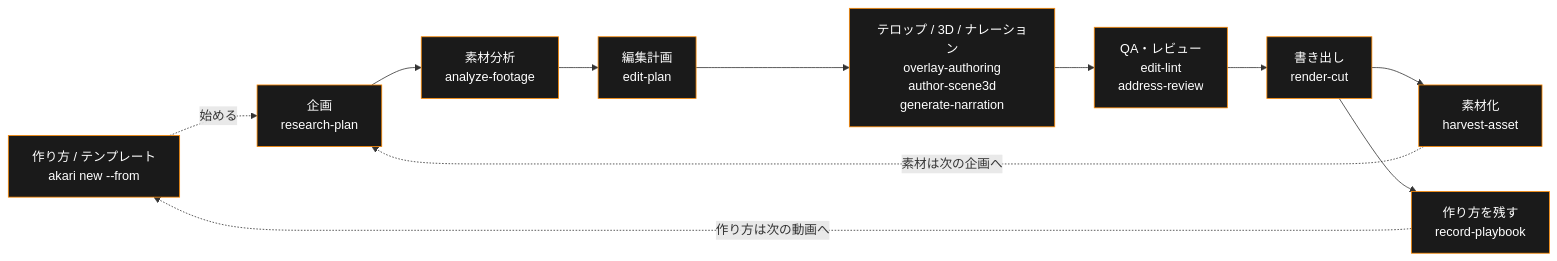
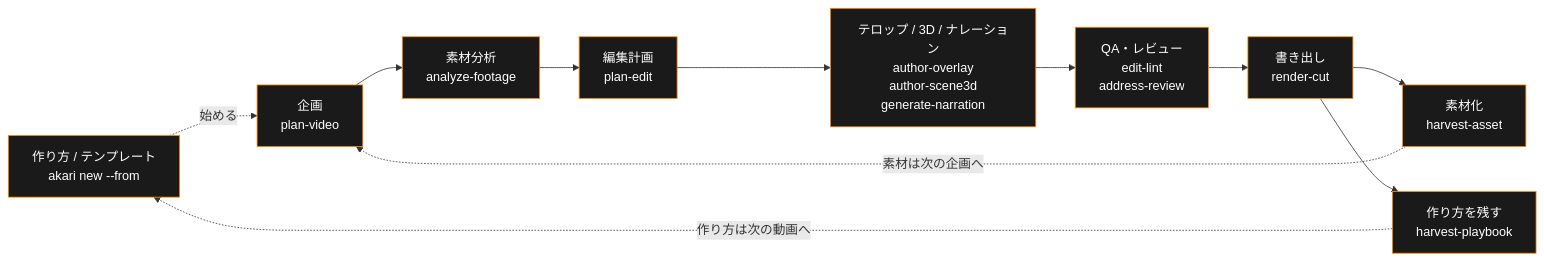
The diagram in README.ja.md (AkariLabs/akari-video), drawn with Mermaid before and after one commit. The commit also changed other lines of this file and 265 other files, not shown here.

````diff
--- a/README.ja.md
+++ b/README.ja.md
@@ -88,15 +88,15 @@
 ```mermaid
 flowchart LR
     P["作り方 / テンプレート<br/>akari new --from"] -.始める.-> A
-    A["企画<br/>research-plan"] --> B["素材分析<br/>analyze-footage"]
-    B --> C["編集計画<br/>edit-plan"]
-    C --> D["テロップ / 3D / ナレーション<br/>overlay-authoring<br/>author-scene3d<br/>generate-narration"]
+    A["企画<br/>plan-video"] --> B["素材分析<br/>analyze-footage"]
+    B --> C["編集計画<br/>plan-edit"]
+    C --> D["テロップ / 3D / ナレーション<br/>author-overlay<br/>author-scene3d<br/>generate-narration"]
     D --> E["QA・レビュー<br/>edit-lint<br/>address-review"]
     E --> F["書き出し<br/>render-cut"]
     F --> G["素材化<br/>harvest-asset"]
-    F --> H["作り方を残す<br/>record-playbook"]
+    F --> H["作り方を残す<br/>harvest-playbook"]
     G -.素材は次の企画へ.-> A
     H -.作り方は次の動画へ.-> P
     classDef stage fill:#1a1a1a,stroke:#ff8a00,color:#ffffff
     class A,B,C,D,E,F,G,H,P stage
 ```
````
